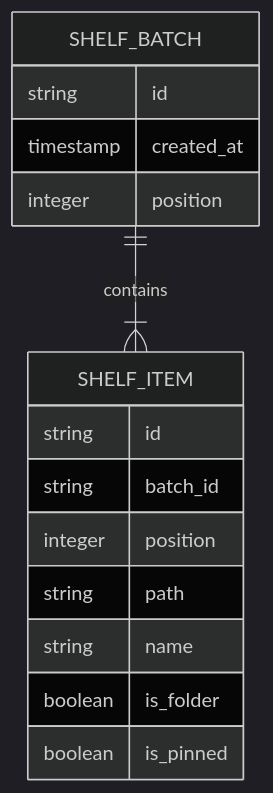
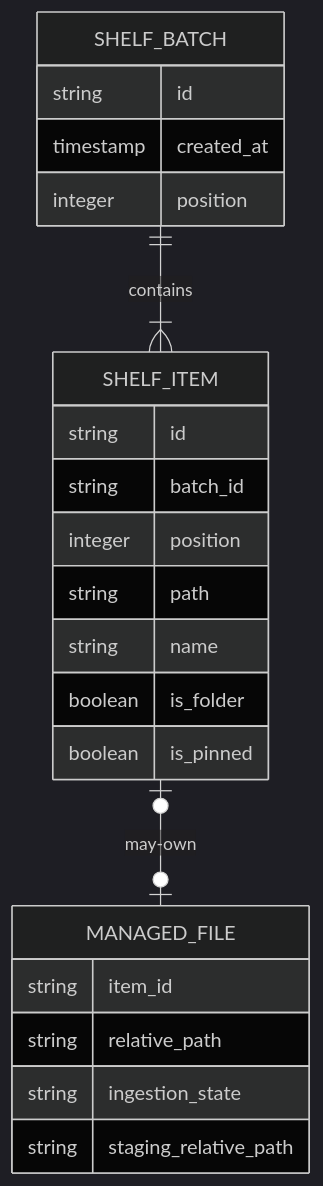
One commit to HungNth/DropCove changed the third of 9 diagrams in docs/ARCHITECTURE.md. Above: the diagram before and after it, drawn with Mermaid (dark theme). The commit also changed other lines of this file and 31 other files, not shown here.

````diff
--- a/docs/ARCHITECTURE.md
+++ b/docs/ARCHITECTURE.md
@@ -169,18 +185,25 @@
 ```mermaid
 erDiagram
     SHELF_BATCH ||--|{ SHELF_ITEM : contains
+    SHELF_ITEM o|--o| MANAGED_FILE : may-own
     SHELF_BATCH {
         string id
         timestamp created_at
         integer position
     }
     SHELF_ITEM {
         string id
         string batch_id
         integer position
         string path
         string name
         boolean is_folder
         boolean is_pinned
     }
+    MANAGED_FILE {
+        string item_id
+        string relative_path
+        string ingestion_state
+        string staging_relative_path
+    }
 ```
````
